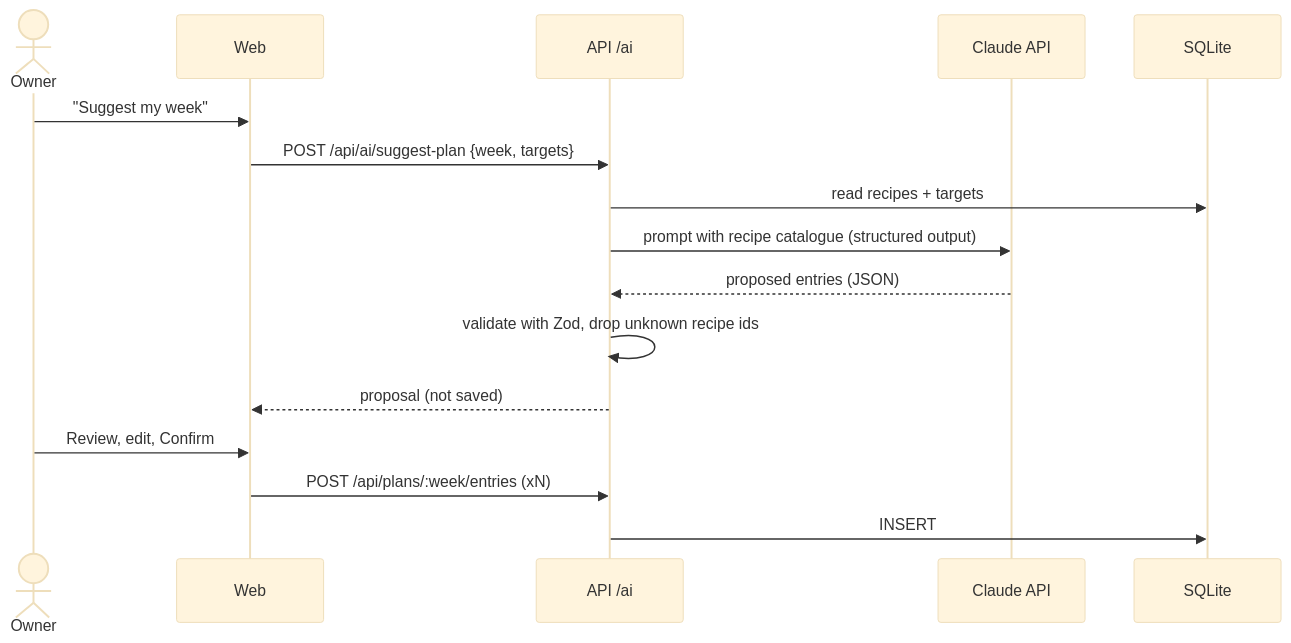
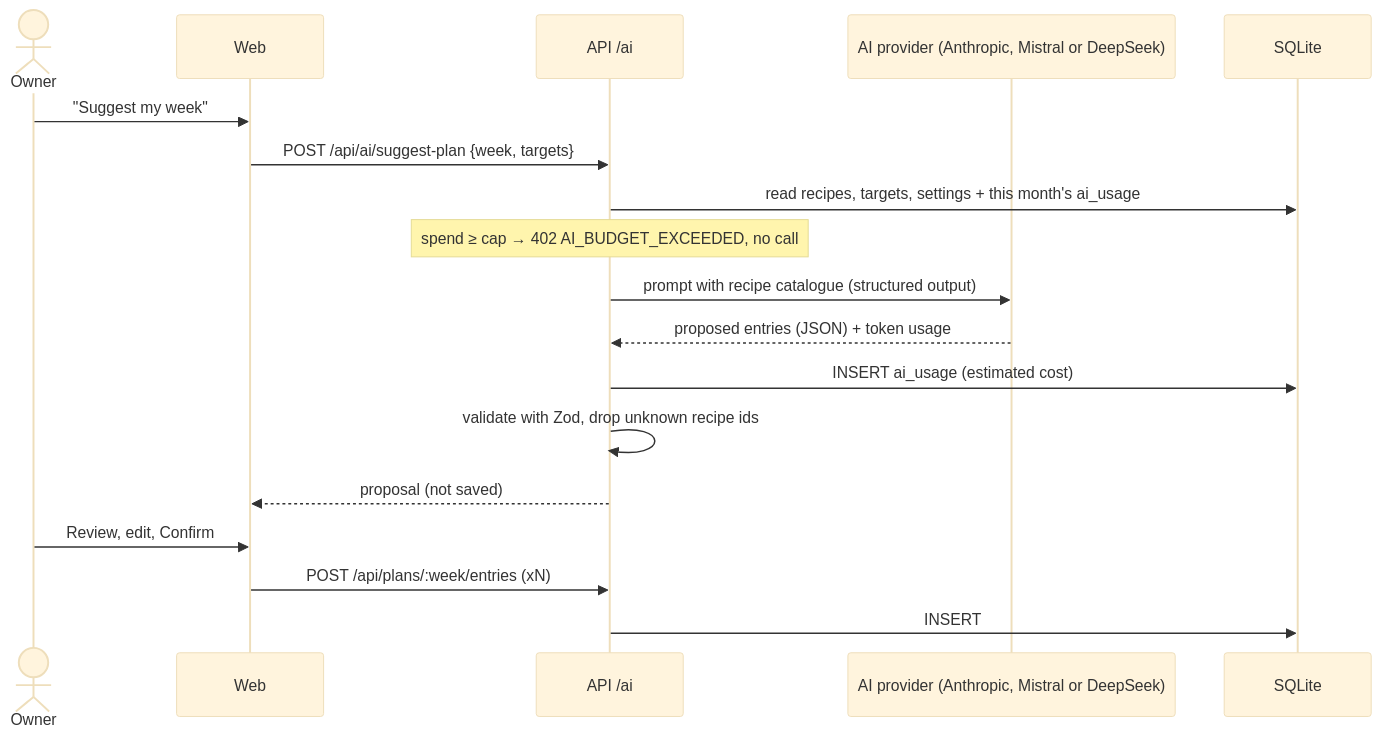
Before and after one commit to micheltsarasoa/nutrigo: the diagram in docs/architecture/backend.md, drawn with Mermaid (base theme). The commit also changed other lines of this file and 5 other files, not shown here.

First line of the commit message:
docs: align architecture, testing and SPEC-004 with ADR-0010 and ADR-0011 (#63)

````diff
--- a/docs/architecture/backend.md
+++ b/docs/architecture/backend.md
@@ -69,18 +71,20 @@
 ```mermaid
 sequenceDiagram
     actor U as Owner
     participant W as Web
     participant A as API /ai
-    participant C as Claude API
+    participant C as AI provider (Anthropic, Mistral or DeepSeek)
     participant D as SQLite
     U->>W: "Suggest my week"
     W->>A: POST /api/ai/suggest-plan {week, targets}
-    A->>D: read recipes + targets
+    A->>D: read recipes, targets, settings + this month's ai_usage
+    Note over A: spend ≥ cap → 402 AI_BUDGET_EXCEEDED, no call
     A->>C: prompt with recipe catalogue (structured output)
-    C-->>A: proposed entries (JSON)
+    C-->>A: proposed entries (JSON) + token usage
+    A->>D: INSERT ai_usage (estimated cost)
     A->>A: validate with Zod, drop unknown recipe ids
     A-->>W: proposal (not saved)
     U->>W: Review, edit, Confirm
     W->>A: POST /api/plans/:week/entries (xN)
     A->>D: INSERT
 ```
````
